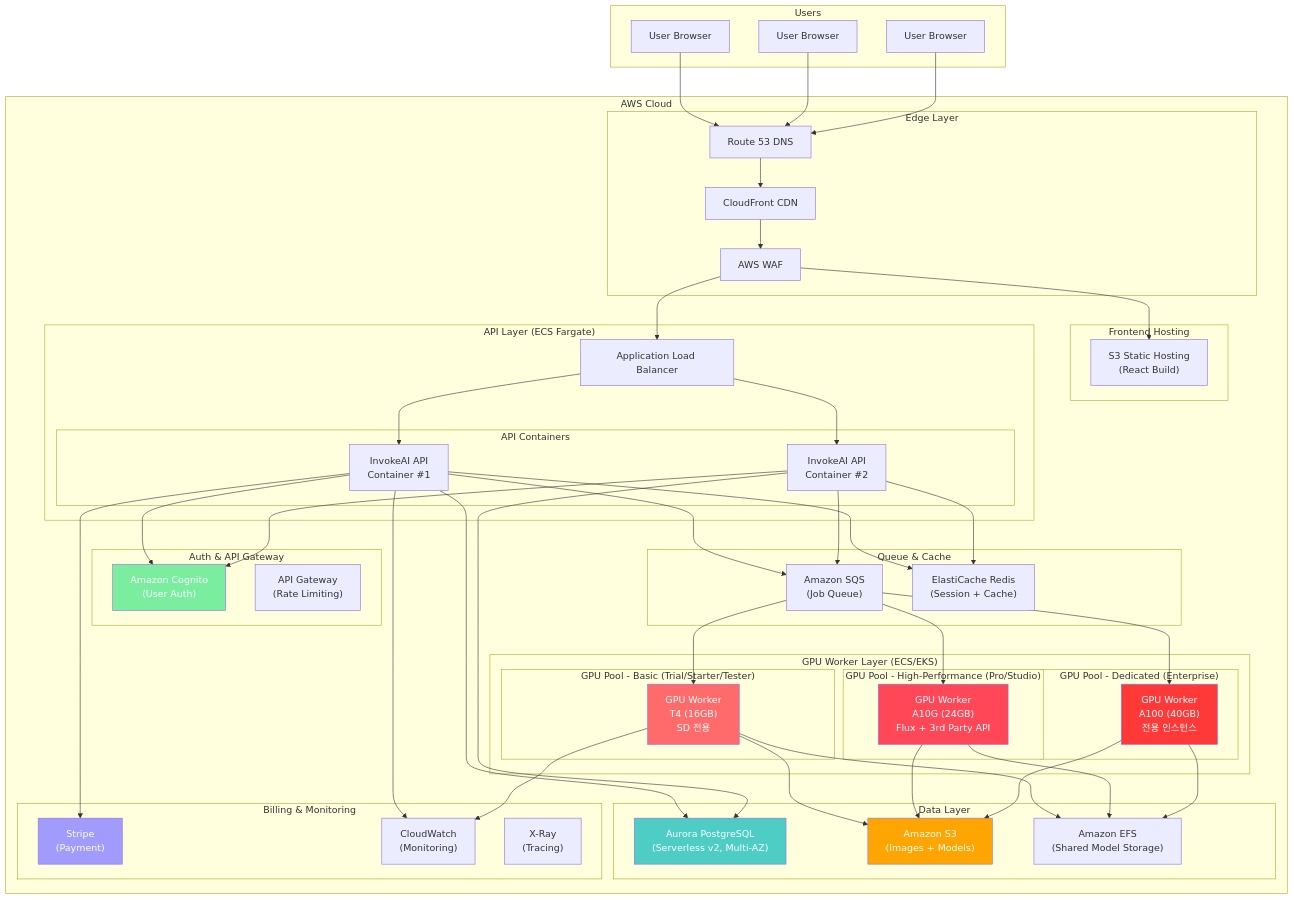
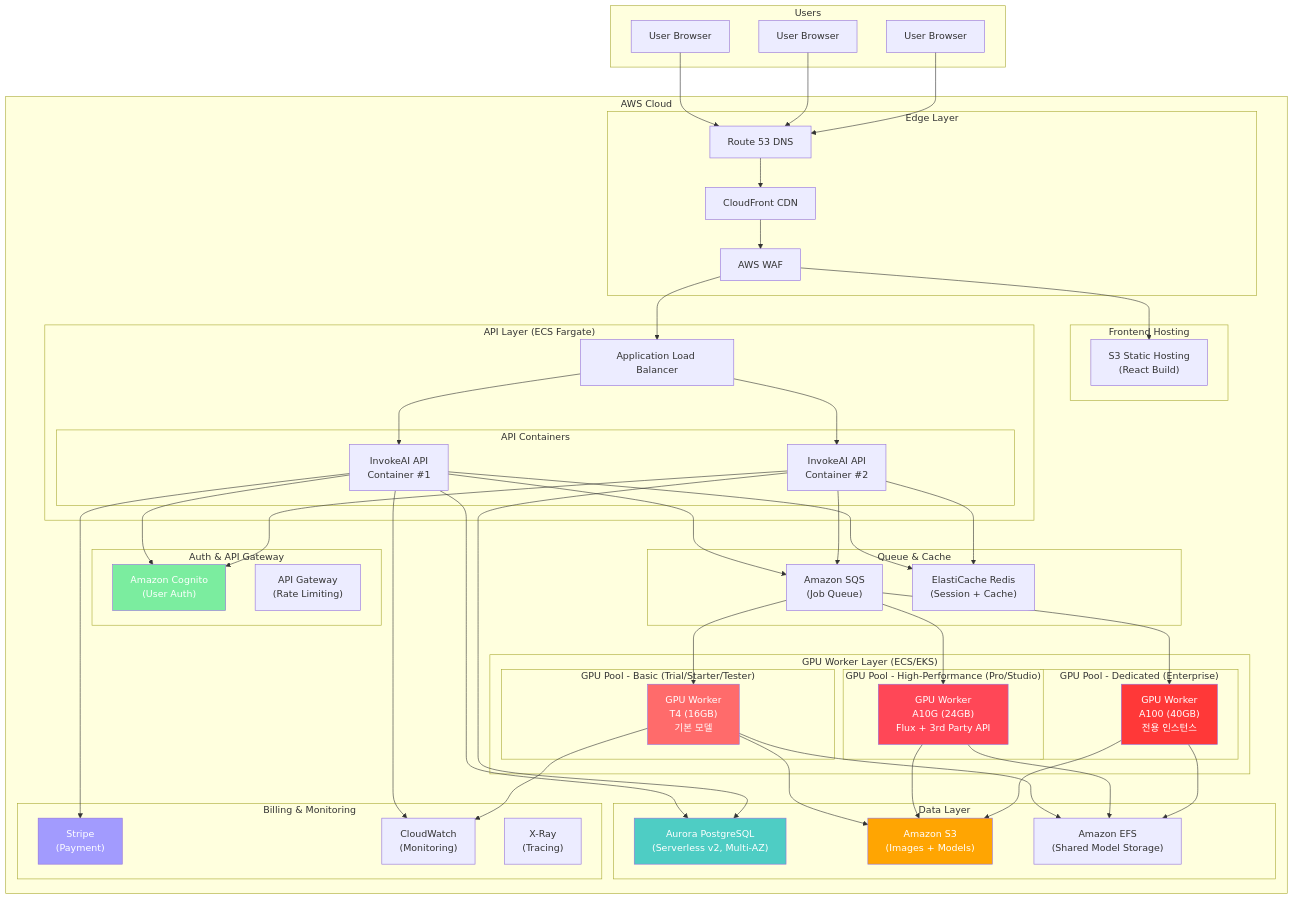
The second of 22 diagrams in docs/saas-analysis/02_ARCHITECTURE_DIAGRAMS.md (Pinksea-AI/InvokeAI), drawn with Mermaid before and after one commit. The commit also changed other lines of this file and 5 other files, not shown here.

```diff
--- a/docs/saas-analysis/02_ARCHITECTURE_DIAGRAMS.md
+++ b/docs/saas-analysis/02_ARCHITECTURE_DIAGRAMS.md
@@ -137,7 +137,7 @@
 
         subgraph "GPU Worker Layer (ECS/EKS)"
             subgraph "GPU Pool - Basic (Trial/Starter/Tester)"
-                GW1["GPU Worker<br/>T4 (16GB)<br/>SD 전용"]
+                GW1["GPU Worker<br/>T4 (16GB)<br/>기본 모델"]
             end
             subgraph "GPU Pool - High-Performance (Pro/Studio)"
                 GW2["GPU Worker<br/>A10G (24GB)<br/>Flux + 3rd Party API"]
```
